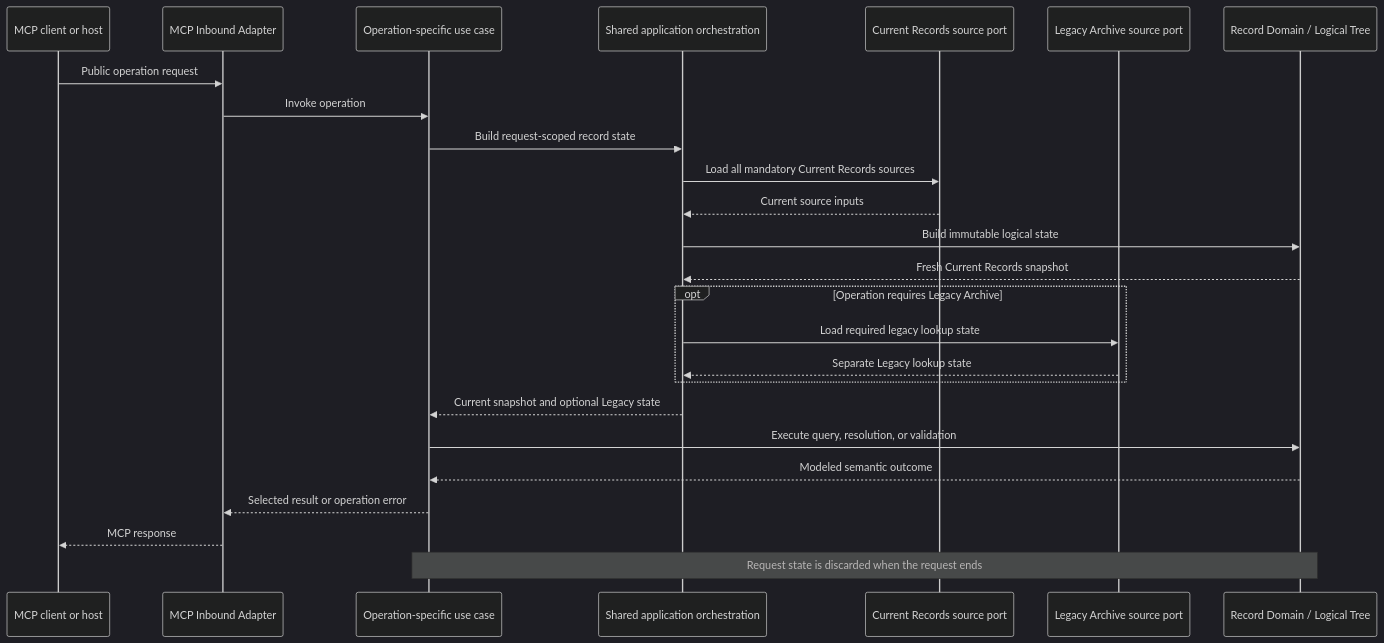
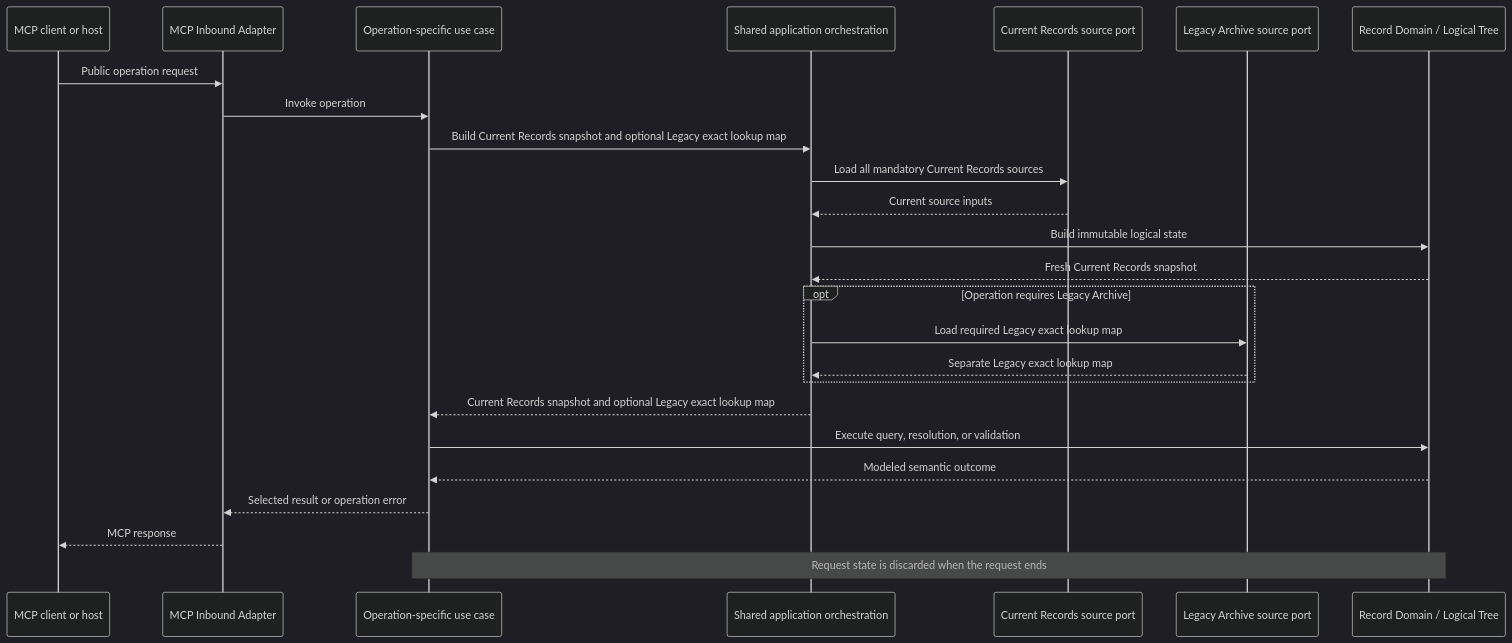
One commit to hiroshiasayadev-prog/brewprint changed the diagram in drmcp/records/spec/application-architecture/runtime-and-state.md. Above: the diagram before and after it, drawn with Mermaid (dark theme). The commit also changed 1 other file, not shown here.

Commit message:
drmcp: clarify legacy lookup wording

````diff
--- a/drmcp/records/spec/application-architecture/runtime-and-state.md
+++ b/drmcp/records/spec/application-architecture/runtime-and-state.md
@@ -29,33 +29,33 @@
 ```mermaid
 sequenceDiagram
     participant Client as MCP client or host
     participant MCP as MCP Inbound Adapter
     participant UseCase as Operation-specific use case
     participant Orchestration as Shared application orchestration
     participant Current as Current Records source port
     participant Legacy as Legacy Archive source port
     participant Domain as Record Domain / Logical Tree
 
     Client->>MCP: Public operation request
     MCP->>UseCase: Invoke operation
 
-    UseCase->>Orchestration: Build request-scoped record state
+    UseCase->>Orchestration: Build Current Records snapshot and optional Legacy exact lookup map
     Orchestration->>Current: Load all mandatory Current Records sources
     Current-->>Orchestration: Current source inputs
     Orchestration->>Domain: Build immutable logical state
     Domain-->>Orchestration: Fresh Current Records snapshot
 
     opt Operation requires Legacy Archive
-        Orchestration->>Legacy: Load required legacy lookup state
-        Legacy-->>Orchestration: Separate Legacy lookup state
+        Orchestration->>Legacy: Load required Legacy exact lookup map
+        Legacy-->>Orchestration: Separate Legacy exact lookup map
     end
 
-    Orchestration-->>UseCase: Current snapshot and optional Legacy state
+    Orchestration-->>UseCase: Current Records snapshot and optional Legacy exact lookup map
     UseCase->>Domain: Execute query, resolution, or validation
     Domain-->>UseCase: Modeled semantic outcome
 
     UseCase-->>MCP: Selected result or operation error
     MCP-->>Client: MCP response
 
     Note over UseCase,Domain: Request state is discarded when the request ends
 ```
````
